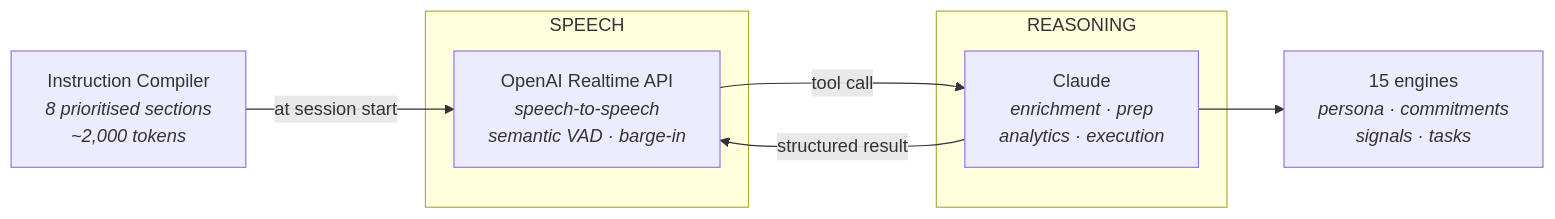
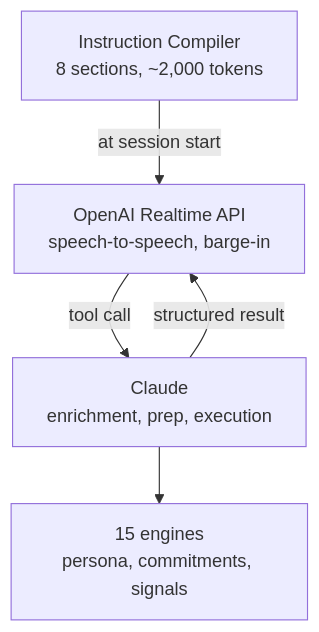
One commit to baldwinjames/portfolio changed the fourth of 4 diagrams in nexus.md. Above: the diagram before and after it, drawn with Mermaid. The commit also changed other lines of this file, not shown here.

Commit message:
Diagrams sized to GitHub's column so nothing gets scaled down

````diff
--- a/nexus.md
+++ b/nexus.md
@@ -89,16 +89,7 @@
 ```mermaid
-flowchart LR
-    IC["Instruction Compiler<br/><i>8 prioritised sections<br/>~2,000 tokens</i>"] -->|"at session start"| RT
-
-    subgraph SPEECH ["SPEECH"]
-        RT["OpenAI Realtime API<br/><i>speech-to-speech<br/>semantic VAD · barge-in</i>"]
-    end
-
-    subgraph REASONING ["REASONING"]
-        CL["Claude<br/><i>enrichment · prep<br/>analytics · execution</i>"]
-    end
-
-    RT -->|"tool call"| CL
+flowchart TB
+    IC["Instruction Compiler<br/>8 sections, ~2,000 tokens"] -->|"at session start"| RT
+    RT["OpenAI Realtime API<br/>speech-to-speech, barge-in"] -->|"tool call"| CL["Claude<br/>enrichment, prep, execution"]
     CL -->|"structured result"| RT
-    CL --> ENG["15 engines<br/><i>persona · commitments<br/>signals · tasks</i>"]
+    CL --> ENG["15 engines<br/>persona, commitments, signals"]
 ```
````
